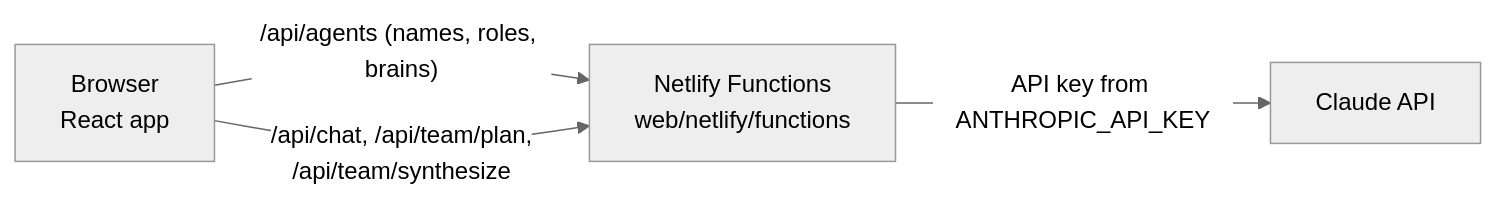
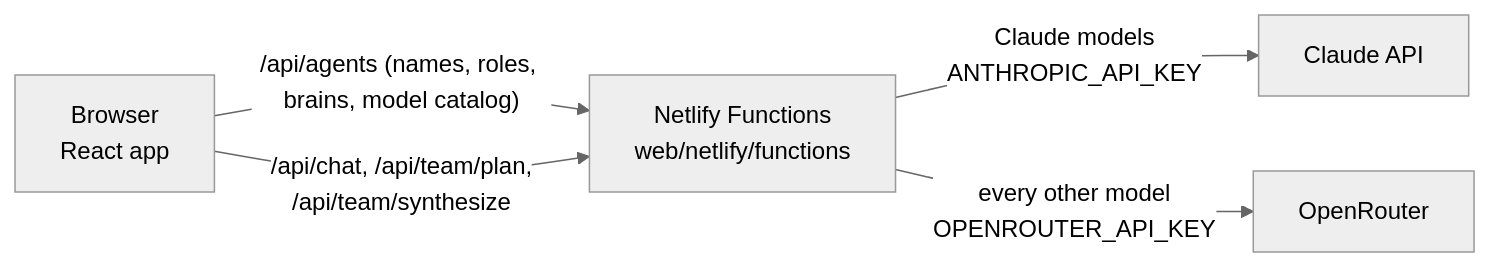
One commit to gen-skeptic/experts21 changed the diagram in web/README.md. Above: the diagram before and after it, drawn with Mermaid (neutral theme). The commit also changed other lines of this file and 26 other files, not shown here.

````diff
--- a/web/README.md
+++ b/web/README.md
@@ -5,6 +5,7 @@
 ```mermaid
 flowchart LR
-    B["Browser<br/>React app"] -->|"/api/agents (names, roles, brains)"| F["Netlify Functions<br/>web/netlify/functions"]
+    B["Browser<br/>React app"] -->|"/api/agents (names, roles, brains, model catalog)"| F["Netlify Functions<br/>web/netlify/functions"]
     B -->|"/api/chat, /api/team/plan,<br/>/api/team/synthesize"| F
-    F -->|"API key from ANTHROPIC_API_KEY"| C["Claude API"]
+    F -->|"Claude models<br/>ANTHROPIC_API_KEY"| C["Claude API"]
+    F -->|"every other model<br/>OPENROUTER_API_KEY"| O["OpenRouter"]
 ```
````
